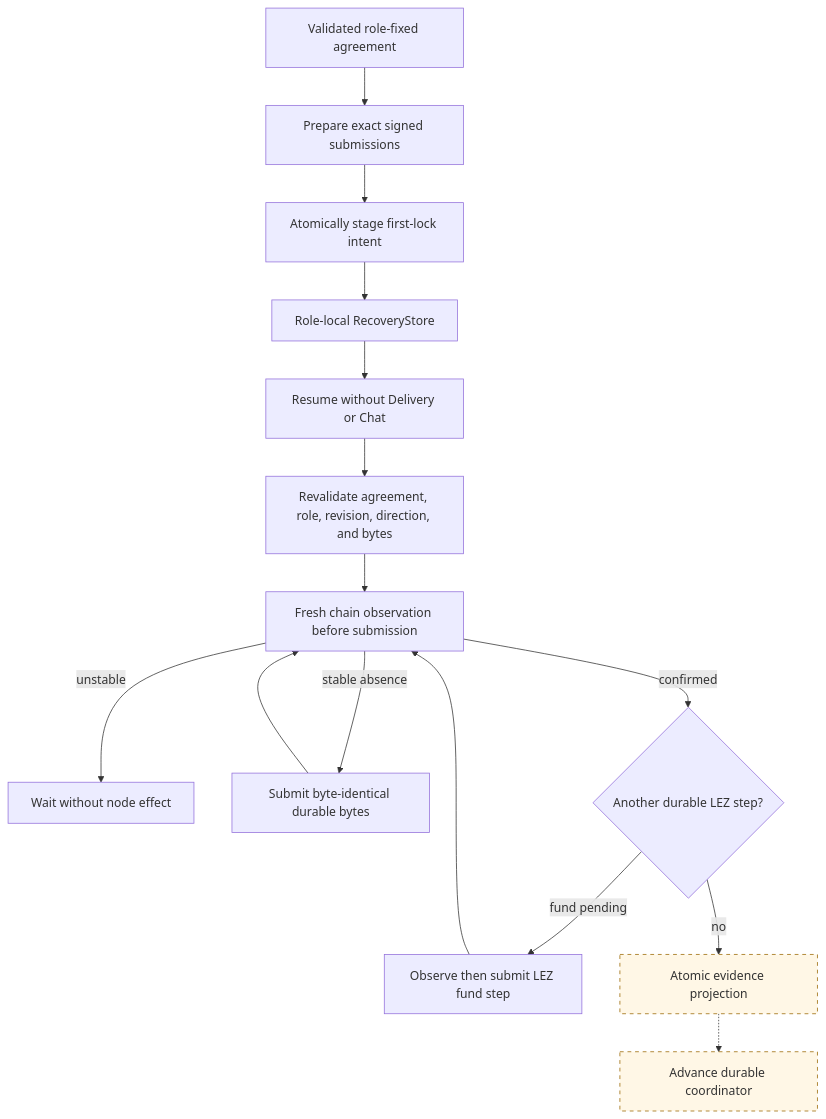
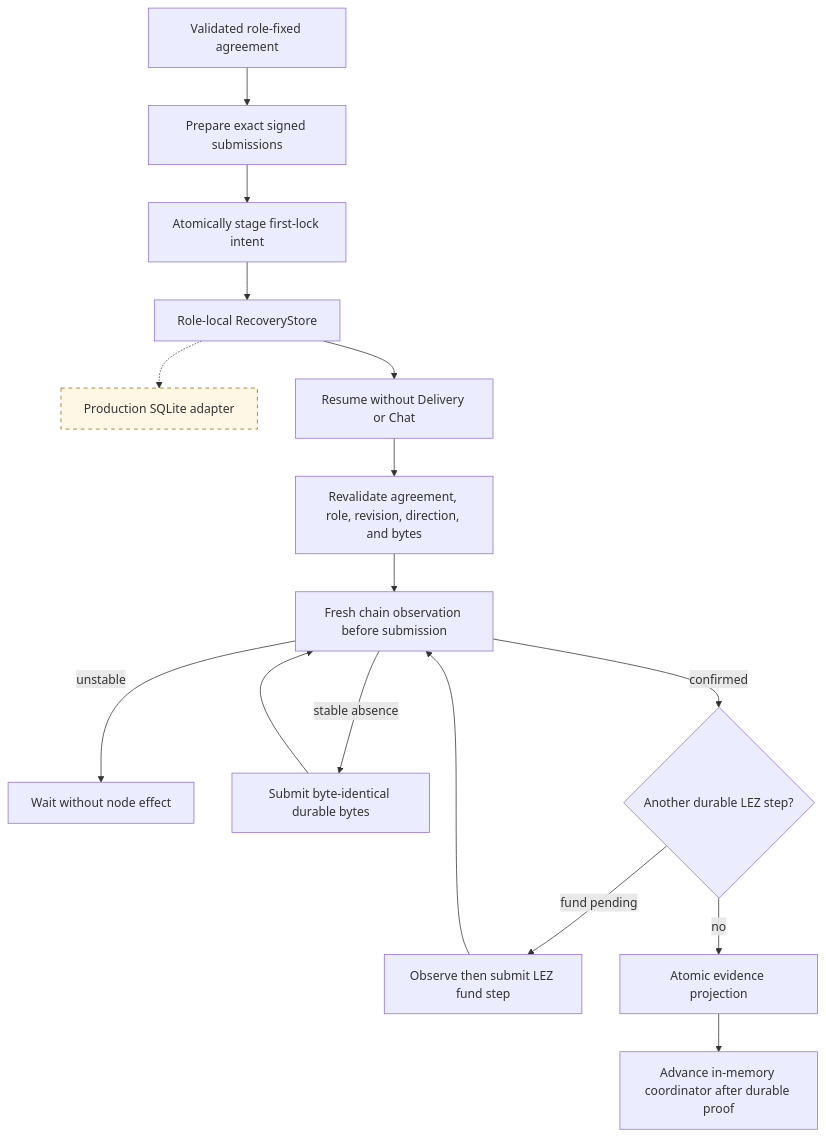
The diagram in docs/architecture/0017-crash-safe-first-lock-intent.md (gateway-fm/lez-atomic-swaps), drawn with Mermaid before and after one commit. The commit also changed other lines of this file and 14 other files, not shown here.

````diff
--- a/docs/architecture/0017-crash-safe-first-lock-intent.md
+++ b/docs/architecture/0017-crash-safe-first-lock-intent.md
@@ -6,20 +6,21 @@
 ```mermaid
 flowchart TB
     Accepted["Validated role-fixed agreement"] --> Prepare["Prepare exact signed submissions"]
     Prepare --> Stage["Atomically stage first-lock intent"]
     Stage --> Durable["Role-local RecoveryStore"]
+    Durable -.-> SQLite["Production SQLite adapter"]
     Durable --> Restart["Resume without Delivery or Chat"]
     Restart --> Revalidate["Revalidate agreement, role, revision, direction, and bytes"]
     Revalidate --> Observe["Fresh chain observation before submission"]
     Observe -->|"unstable"| Wait["Wait without node effect"]
     Observe -->|"stable absence"| Submit["Submit byte-identical durable bytes"]
     Submit --> Observe
     Observe -->|"confirmed"| Next{"Another durable LEZ step?"}
     Next -->|"fund pending"| Fund["Observe then submit LEZ fund step"]
     Fund --> Observe
     Next -->|"no"| Projection["Atomic evidence projection"]
-    Projection -.-> Core["Advance durable coordinator"]
+    Projection --> Core["Advance in-memory coordinator after durable proof"]
 
     classDef planned stroke-dasharray: 5 5,fill:#fff7e6,stroke:#9a6700;
-    class Projection,Core planned;
+    class SQLite planned;
 ```
````
